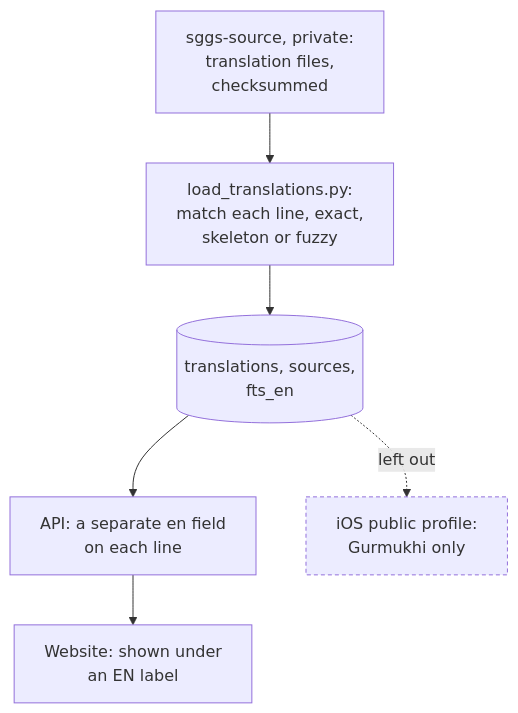
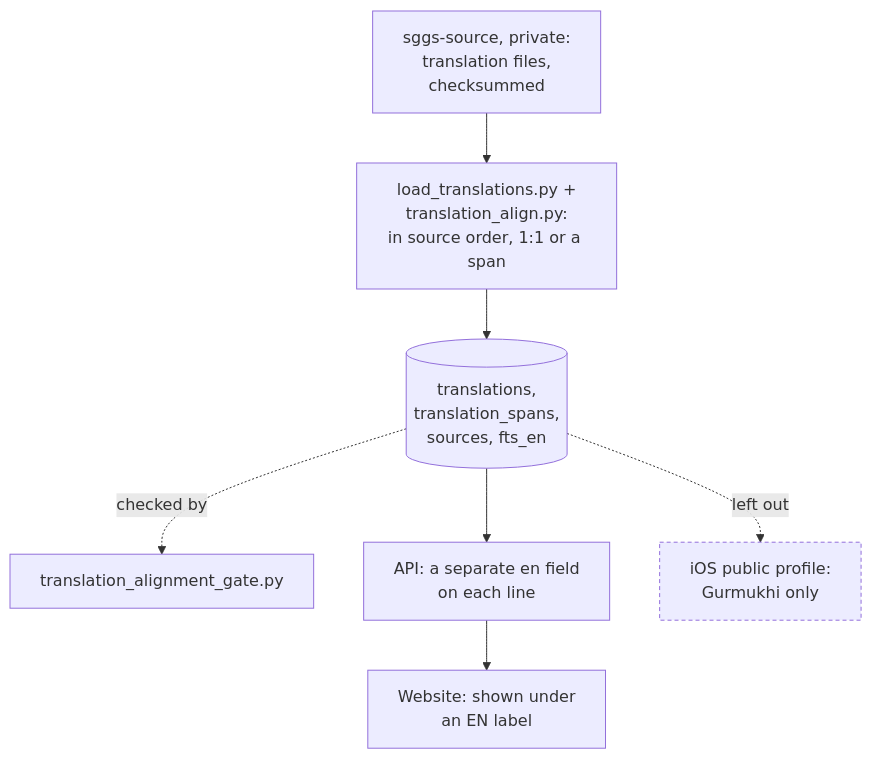
One commit to Algorythmos-AI/sggs-platform changed the diagram in docs/data/translation-layer.md. Above: the diagram before and after it, drawn with Mermaid. The commit also changed other lines of this file and 3 other files, not shown here.

Commit message:
docs(wiki): API changelog to 1.6.3, English alignment and spans, alignment gate, insights figures

````diff
--- a/docs/data/translation-layer.md
+++ b/docs/data/translation-layer.md
@@ -18,12 +19,13 @@
 ```mermaid
 flowchart TB
     accTitle: The English layer travels beside the scripture, never inside it
-    accDescr: The translation files live in a private release in sggs-source and are verified against committed checksums before a rebuild may start. load_translations.py matches each translation to its line on the same or a neighbouring Ang and writes the translations table, the sources table and the fts_en index. The API attaches the English as a separate en field; the website shows it under an EN label; the App Store build's public profile leaves the layer out.
-    src[sggs-source, private:<br/>translation files,<br/>checksummed] --> load[load_translations.py:<br/>match each line, exact,<br/>skeleton or fuzzy]
-    load --> t[(translations, sources,<br/>fts_en)]
+    accDescr: The translation files live in a private release in sggs-source and are verified against committed checksums before a rebuild may start. load_translations.py aligns the source records to the corpus lines in order with translation_align.py, writing the translations, translation_spans and sources tables and the fts_en index; translation_alignment_gate.py checks the result in CI. The API attaches the English as a separate en field, with en_span on the lines of a group; the website shows it under an EN label; the App Store build's public profile leaves the layer out.
+    src[sggs-source, private:<br/>translation files,<br/>checksummed] --> load[load_translations.py +<br/>translation_align.py:<br/>in source order, 1:1 or a span]
+    load --> t[(translations,<br/>translation_spans,<br/>sources, fts_en)]
+    t -.->|checked by| gate[translation_alignment_gate.py]
     t --> api[API: a separate en field<br/>on each line]
     api --> web[Website: shown under<br/>an EN label]
     t -.->|left out| ios[iOS public profile:<br/>Gurmukhi only]
     class ios side
     classDef side stroke-dasharray: 4 3
 ```
````
